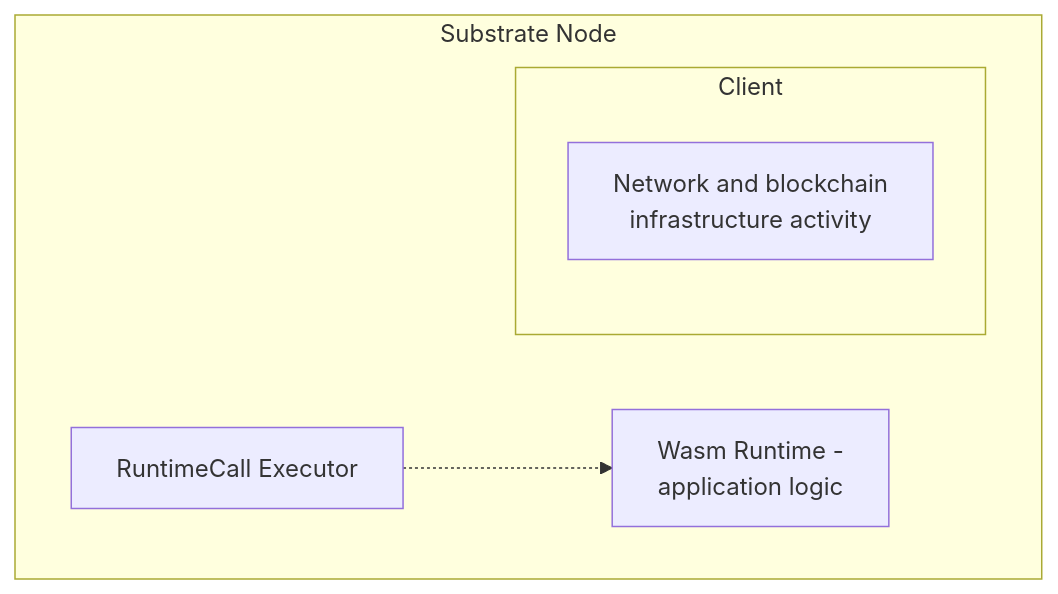
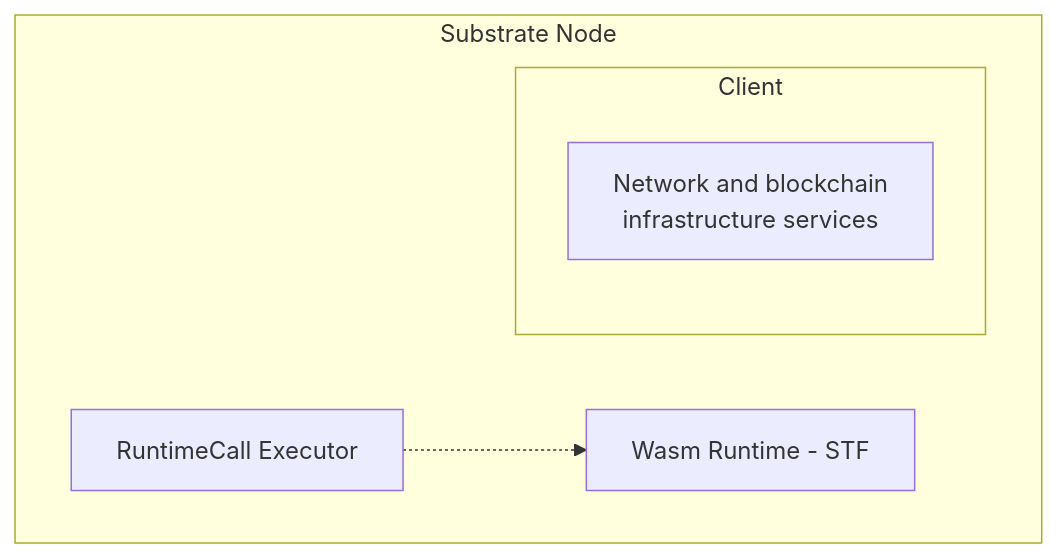
Before and after one commit to polkadot-developers/polkadot-docs: the first of 2 diagrams in develop/parachains/intro-polkadot-sdk.md, drawn with Mermaid.

Commit message:
apply feedback from review

````diff
--- a/develop/parachains/intro-polkadot-sdk.md
+++ b/develop/parachains/intro-polkadot-sdk.md
@@ -53,14 +53,12 @@
 ``` mermaid
-
 graph TB
     subgraph sg1[Substrate Node]
-        B[Wasm Runtime -</br>application logic]
+        B[Wasm Runtime - STF]
         I[RuntimeCall Executor]
         subgraph sg2[Client]
             direction TB
-            C[Network and blockchain</br>infrastructure activity]
+            C[Network and blockchain</br>infrastructure services]
         end
         I -.-> B
     end
-
 ```
````
